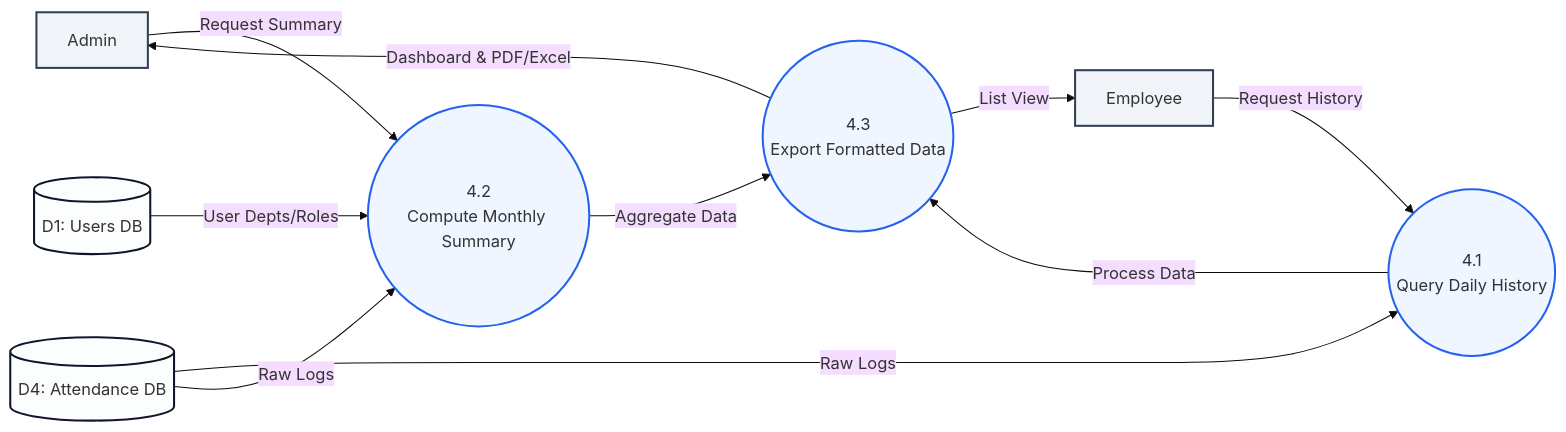
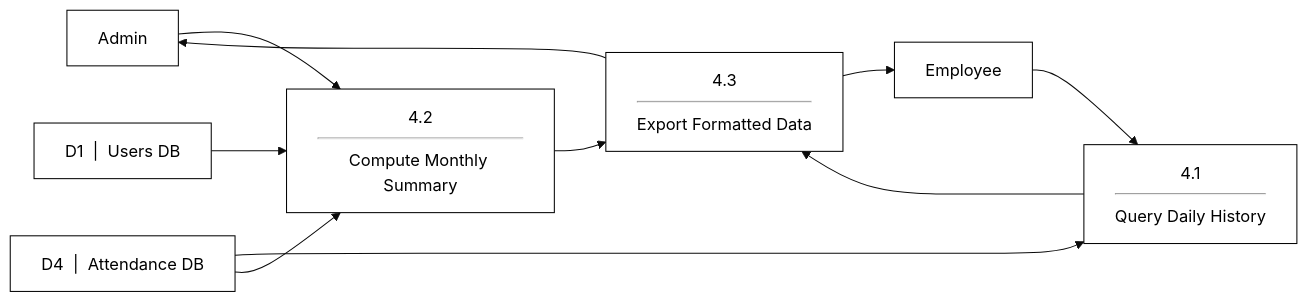
Before and after one commit to Touy2004/palm-back-end: the ninth of 13 diagrams in USER_MANUAL.md, drawn with Mermaid (base theme). The commit also changed other lines of this file and 6 other files, not shown here.

Commit message:
refactor: remove thermal data fields from service models and documentation and update system diagrams

````diff
--- a/USER_MANUAL.md
+++ b/USER_MANUAL.md
@@ -430,29 +429,29 @@
 ```mermaid
 flowchart LR
     Admin[Admin]:::entity
     Employee[Employee]:::entity
     
-    P4_1((4.1<br/>Query Daily History)):::process
-    P4_2((4.2<br/>Compute Monthly Summary)):::process
-    P4_3((4.3<br/>Export Formatted Data)):::process
+    P4_1["4.1<hr/>Query Daily History"]:::process
+    P4_2["4.2<hr/>Compute Monthly Summary"]:::process
+    P4_3["4.3<hr/>Export Formatted Data"]:::process
     
-    D1[(D1: Users DB)]:::datastore
-    D4[(D4: Attendance DB)]:::datastore
+    D1["D1 &nbsp;|&nbsp; Users DB"]:::datastore
+    D4["D4 &nbsp;|&nbsp; Attendance DB"]:::datastore
     
-    Employee -- "Request History" --> P4_1
-    Admin -- "Request Summary" --> P4_2
+    Employee --> P4_1
+    Admin --> P4_2
     
-    D4 -- "Raw Logs" --> P4_1
-    D4 -- "Raw Logs" --> P4_2
-    D1 -- "User Depts/Roles" --> P4_2
+    D4 --> P4_1
+    D4 --> P4_2
+    D1 --> P4_2
     
-    P4_1 -- "Process Data" --> P4_3
-    P4_2 -- "Aggregate Data" --> P4_3
+    P4_1 --> P4_3
+    P4_2 --> P4_3
     
-    P4_3 -- "Dashboard & PDF/Excel" --> Admin
-    P4_3 -- "List View" --> Employee
+    P4_3 --> Admin
+    P4_3 --> Employee
 
-    classDef entity fill:#f1f5f9,stroke:#334155,stroke-width:2px,shape:rect
-    classDef process fill:#eff6ff,stroke:#2563eb,stroke-width:2px,shape:circle
-    classDef datastore fill:#fcfdfd,stroke:#0f172a,stroke-width:2px,shape:cylinder
+    classDef entity fill:#fff,stroke:#000,stroke-width:1px,shape:rect,color:#000
+    classDef process fill:#fff,stroke:#000,stroke-width:1px,shape:rect,color:#000
+    classDef datastore fill:#fff,stroke:#000,stroke-width:1px,shape:rect,color:#000
 ```
````
